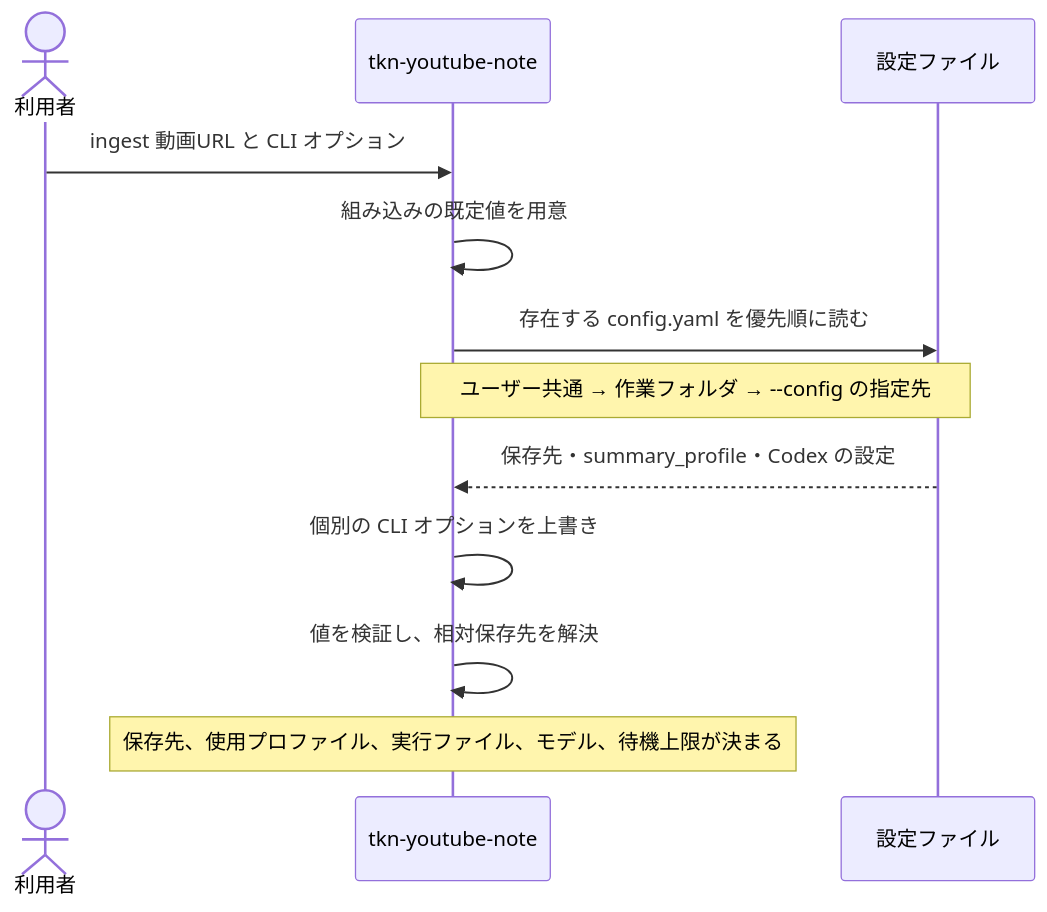
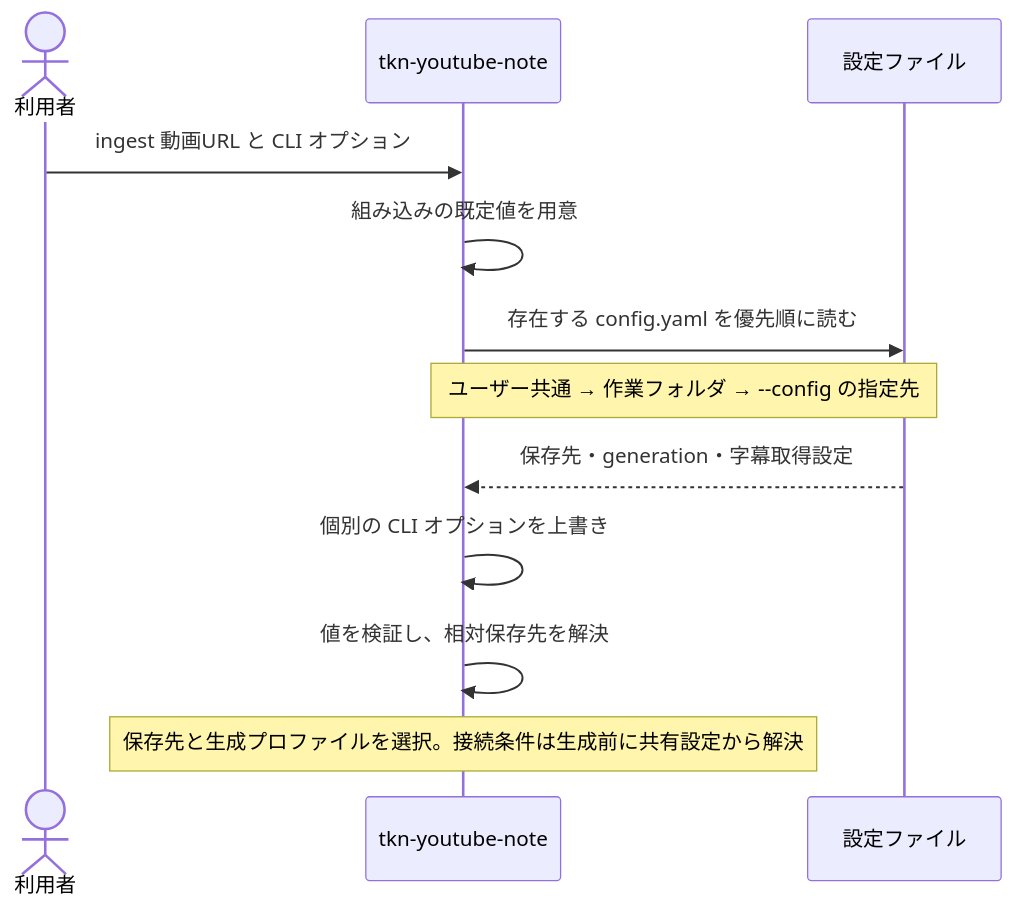
The second of 5 diagrams in README.md (tuckn/tkn_youtube_note_pipeline), drawn with Mermaid before and after one commit. The commit also changed other lines of this file and 19 other files, not shown here.

````diff
--- a/README.md
+++ b/README.md
@@ -404,15 +524,15 @@
 ```mermaid
 sequenceDiagram
     actor User as 利用者
     participant App as tkn-youtube-note
     participant Config as 設定ファイル
 
     User->>App: ingest 動画URL と CLI オプション
     App->>App: 組み込みの既定値を用意
     App->>Config: 存在する config.yaml を優先順に読む
     Note over App,Config: ユーザー共通 → 作業フォルダ → --config の指定先
-    Config-->>App: 保存先・summary_profile・Codex の設定
+    Config-->>App: 保存先・generation・字幕取得設定
     App->>App: 個別の CLI オプションを上書き
     App->>App: 値を検証し、相対保存先を解決
-    Note over App: 保存先、使用プロファイル、実行ファイル、モデル、待機上限が決まる
+    Note over App: 保存先と生成プロファイルを選択。接続条件は生成前に共有設定から解決
 ```
````
